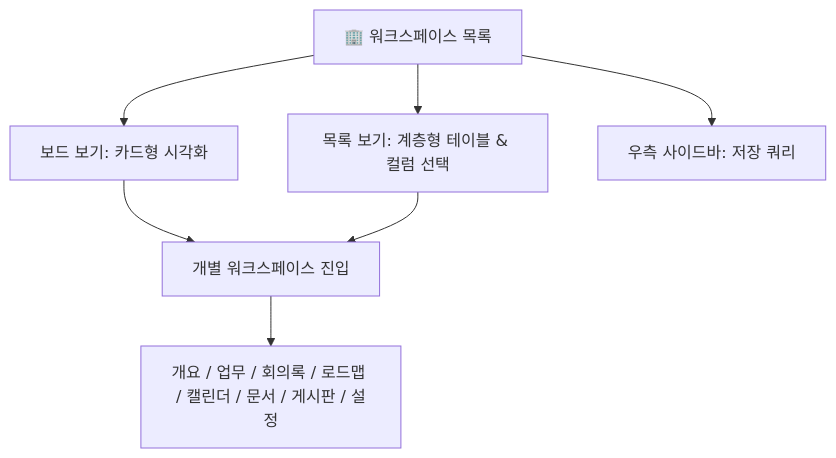
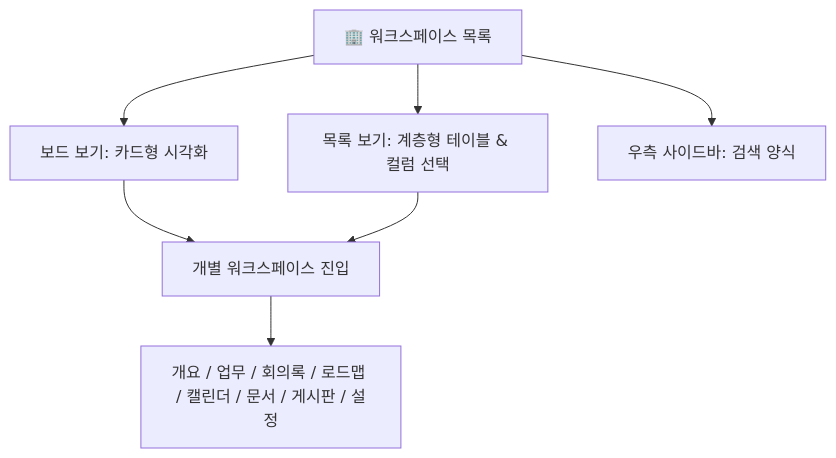
One commit to nc2U/ibs changed the diagram in app/vue/docs/work-manage/workspace.md. Above: the diagram before and after it, drawn with Mermaid. The commit also changed other lines of this file and 51 other files, not shown here.

````diff
--- a/app/vue/docs/work-manage/workspace.md
+++ b/app/vue/docs/work-manage/workspace.md
@@ -16,8 +16,8 @@
 ```mermaid
 flowchart TD
     A["🏢 워크스페이스 목록"] --> B["보드 보기: 카드형 시각화"]
     A --> C["목록 보기: 계층형 테이블 & 컬럼 선택"]
-    A --> D["우측 사이드바: 저장 쿼리"]
+    A --> D["우측 사이드바: 검색 양식"]
     B & C --> E["개별 워크스페이스 진입"]
     E --> F["개요 / 업무 / 회의록 / 로드맵 / 캘린더 / 문서 / 게시판 / 설정"]
 ```
````
